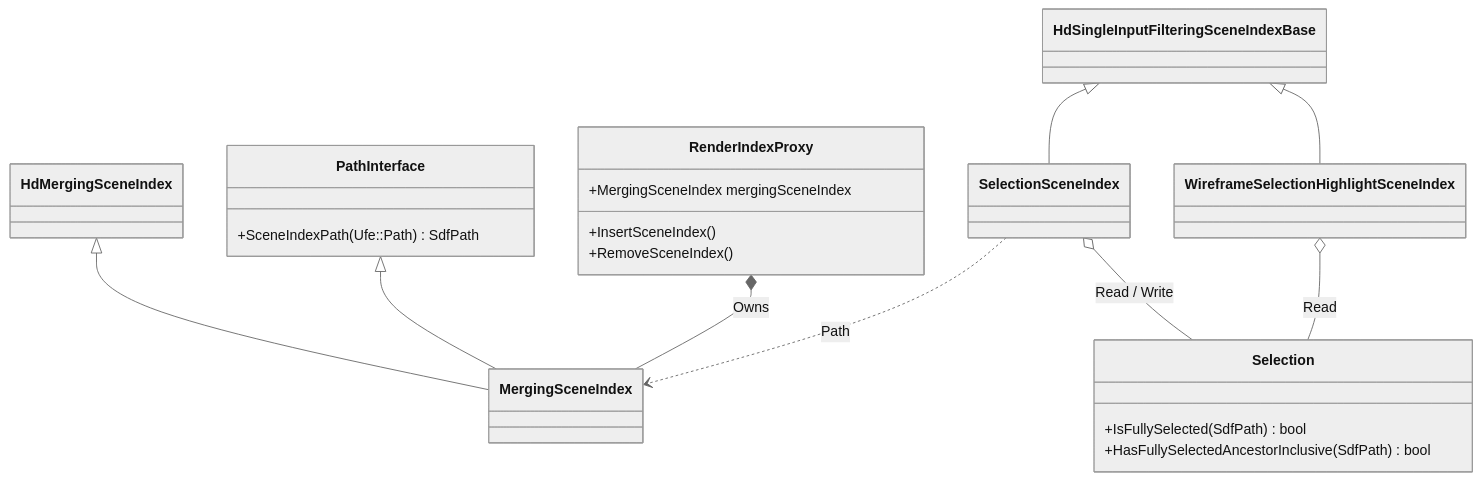
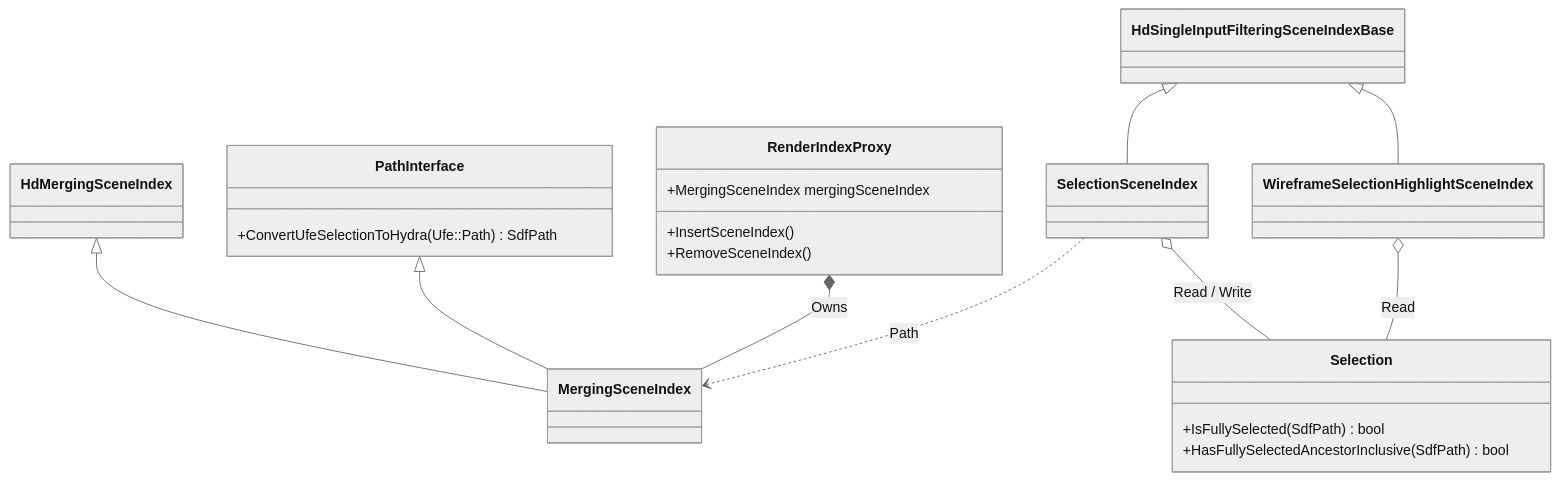
One commit to Autodesk/maya-hydra changed the second of 2 diagrams in doc/selectionHighlightingArchitecture.md. Above: the diagram before and after it, drawn with Mermaid (neutral theme). The commit also changed other lines of this file, not shown here.

Commit message:
Update existing selection highlighting doc

````diff
--- a/doc/selectionHighlightingArchitecture.md
+++ b/doc/selectionHighlightingArchitecture.md
@@ -224,39 +226,39 @@
 ```mermaid
 classDiagram
 class HdSingleInputFilteringSceneIndexBase
 class HdMergingSceneIndex
 
 class Selection{
 +IsFullySelected(SdfPath) bool
 +HasFullySelectedAncestorInclusive(SdfPath) bool
 }
 
 class PathInterface{
-+SceneIndexPath(Ufe::Path) SdfPath
++ConvertUfeSelectionToHydra(Ufe::Path) SdfPath
 }
 
 class SelectionSceneIndex
 class MergingSceneIndex
 class WireframeSelectionHighlightSceneIndex
 
 class RenderIndexProxy{
 +MergingSceneIndex mergingSceneIndex
 +InsertSceneIndex()
 +RemoveSceneIndex()
 }
 
 HdSingleInputFilteringSceneIndexBase <|-- SelectionSceneIndex
 
 HdMergingSceneIndex <|-- MergingSceneIndex
 PathInterface       <|-- MergingSceneIndex
 
 HdSingleInputFilteringSceneIndexBase <|-- WireframeSelectionHighlightSceneIndex
 
 RenderIndexProxy *-- MergingSceneIndex : Owns
 
 SelectionSceneIndex ..> MergingSceneIndex : Path
 
 SelectionSceneIndex o-- Selection : Read / Write
 
 WireframeSelectionHighlightSceneIndex o-- Selection : Read
 ```
````
